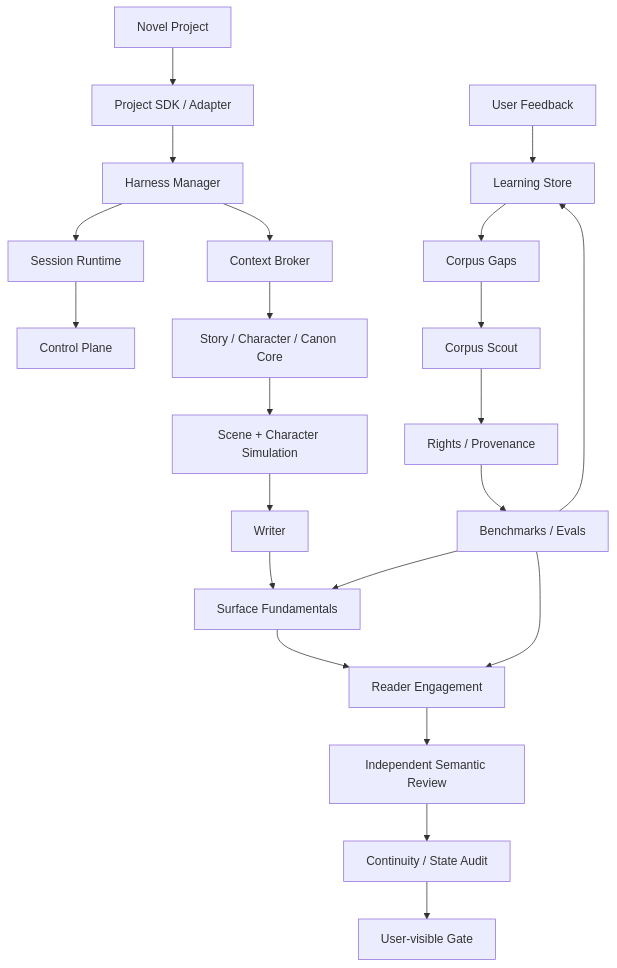
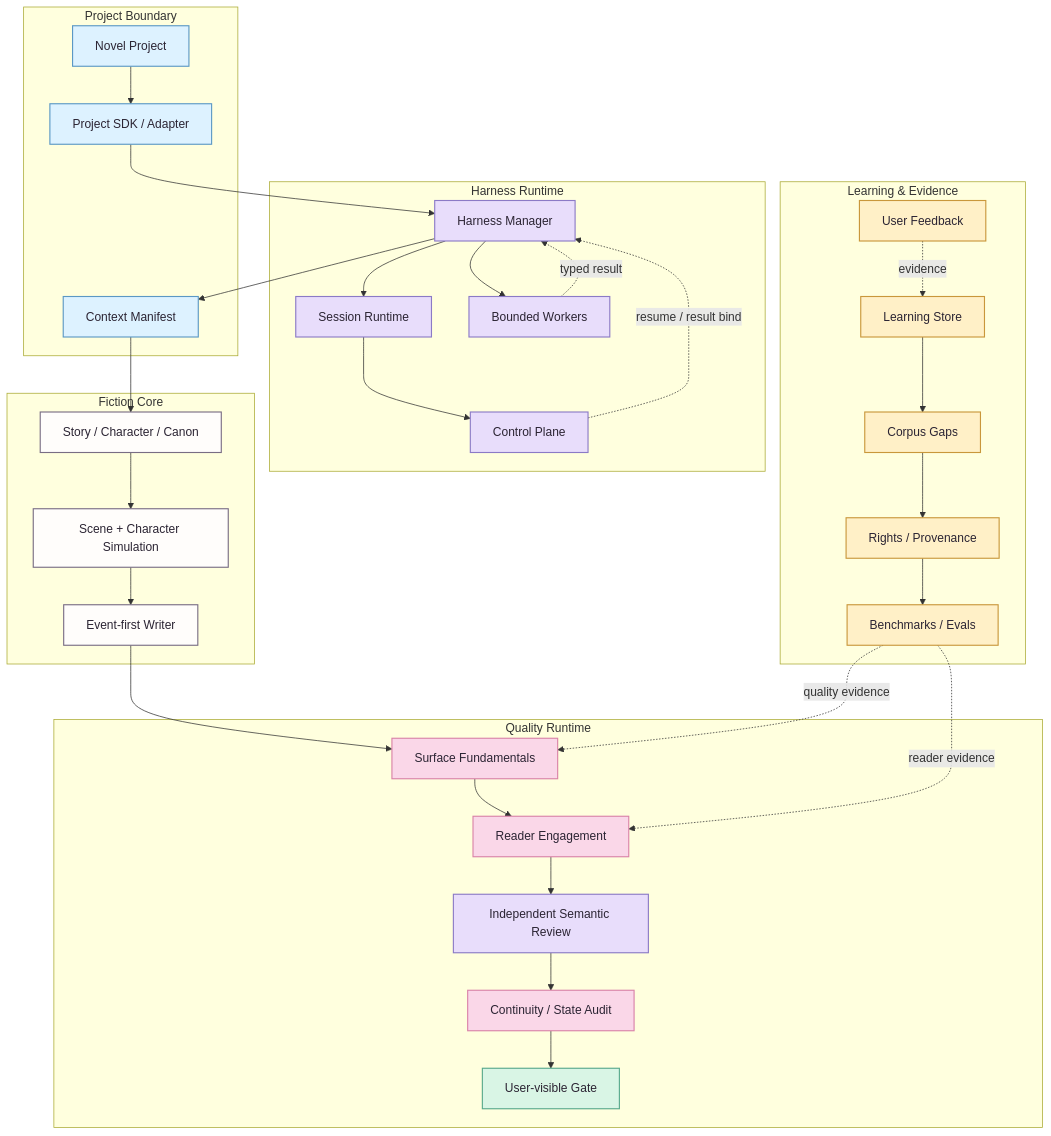
The first of 3 diagrams in docs/architecture.zh-CN.md (xiaooye/Quillframe), drawn with Mermaid before and after one commit. The commit also changed other lines of this file, not shown here.

Commit message:
docs: redesign Chinese architecture guide

````diff
--- a/docs/architecture.zh-CN.md
+++ b/docs/architecture.zh-CN.md
@@ -5,25 +20,64 @@
 ```mermaid
 flowchart TB
-    P[Novel Project] --> SDK[Project SDK / Adapter]
-    SDK --> H[Harness Manager]
-    H --> CTX[Context Broker]
-    H --> SES[Session Runtime]
-    SES --> CP[Control Plane]
-    CTX --> CORE[Story / Character / Canon Core]
-    CORE --> SIM[Scene + Character Simulation]
-    SIM --> WR[Writer]
-    WR --> SF[Surface Fundamentals]
-    SF --> RG[Reader Engagement]
-    RG --> SEM[Independent Semantic Review]
-    SEM --> CONT[Continuity / State Audit]
-    CONT --> G[User-visible Gate]
+    subgraph PROJECT[Project Boundary]
+        P[Novel Project]
+        SDK[Project SDK / Adapter]
+        CTX[Context Manifest]
+    end
 
-    FB[User Feedback] --> LS[Learning Store]
-    LS --> CG[Corpus Gaps]
-    CG --> CS[Corpus Scout]
-    CS --> CR[Rights / Provenance]
-    CR --> BENCH[Benchmarks / Evals]
-    BENCH --> LS
-    BENCH --> SF
-    BENCH --> RG
+    subgraph RUNTIME[Harness Runtime]
+        H[Harness Manager]
+        SES[Session Runtime]
+        CP[Control Plane]
+        WORK[Bounded Workers]
+    end
+
+    subgraph CORE[Fiction Core]
+        STORY[Story / Character / Canon]
+        SIM[Scene + Character Simulation]
+        WR[Event-first Writer]
+    end
+
+    subgraph QUALITY[Quality Runtime]
+        SF[Surface Fundamentals]
+        RG[Reader Engagement]
+        SEM[Independent Semantic Review]
+        CONT[Continuity / State Audit]
+        G[User-visible Gate]
+    end
+
+    subgraph EVIDENCE[Learning & Evidence]
+        FB[User Feedback]
+        LS[Learning Store]
+        CG[Corpus Gaps]
+        CR[Rights / Provenance]
+        BENCH[Benchmarks / Evals]
+    end
+
+    P --> SDK --> H
+    H --> CTX --> STORY
+    H --> SES --> CP
+    H --> WORK
+    STORY --> SIM --> WR --> SF --> RG --> SEM --> CONT --> G
+
+    FB -. evidence .-> LS
+    LS --> CG --> CR --> BENCH
+    BENCH -. quality evidence .-> SF
+    BENCH -. reader evidence .-> RG
+    CP -. resume / result bind .-> H
+    WORK -. typed result .-> H
+
+    classDef project fill:#DDF2FF,stroke:#5B98C4,color:#2B2433,stroke-width:1.5px;
+    classDef runtime fill:#E8DDFB,stroke:#8B7AC6,color:#2B2433,stroke-width:1.5px;
+    classDef story fill:#FFFDFB,stroke:#796D84,color:#2B2433,stroke-width:1.5px;
+    classDef quality fill:#FAD7E8,stroke:#D982A8,color:#2B2433,stroke-width:1.5px;
+    classDef evidence fill:#FFF0C7,stroke:#C9973B,color:#2B2433,stroke-width:1.5px;
+    classDef gate fill:#D9F5E5,stroke:#58A98C,color:#2B2433,stroke-width:1.5px;
+
+    class P,SDK,CTX project;
+    class H,SES,CP,WORK,SEM runtime;
+    class STORY,SIM,WR story;
+    class SF,RG,CONT quality;
+    class FB,LS,CG,CR,BENCH evidence;
+    class G gate;
 ```
````
